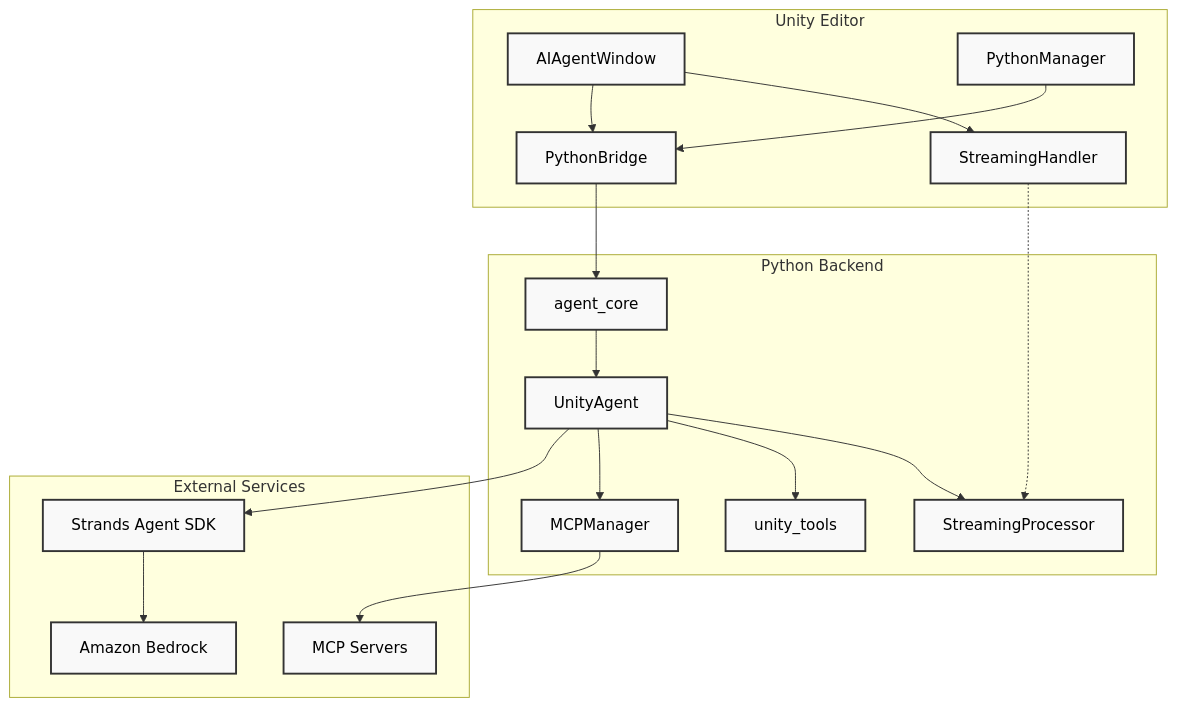
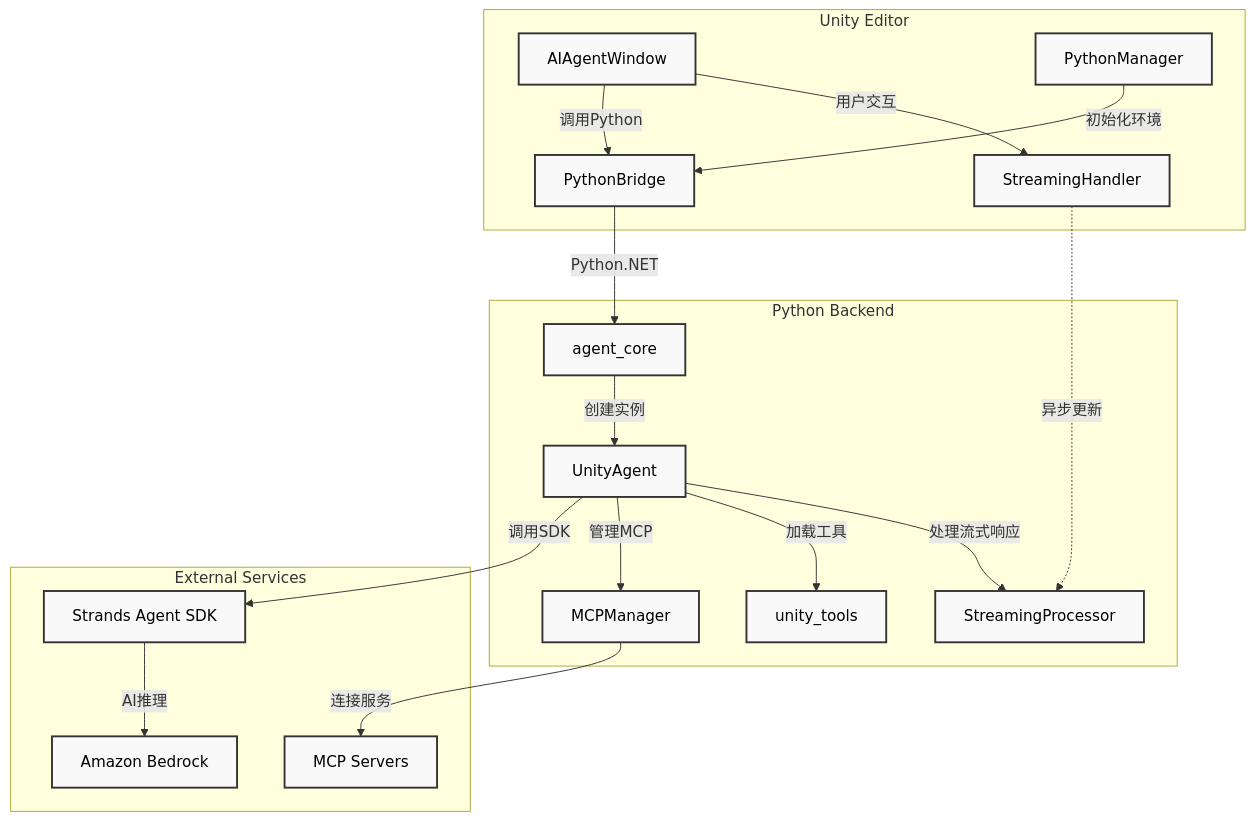
Before and after one commit to ddpie/unity-strands-agent: the first of 2 diagrams in README.md, drawn with Mermaid. The commit also changed other lines of this file, not shown here.

Commit message:
enhance README by updating component relationships in system architecture diagrams with bilingual annotations for improved clarity and understanding; ensure consistent terminology in both English and Chinese

````diff
--- a/README.md
+++ b/README.md
@@ -19,39 +19,39 @@
 ```mermaid
 graph TB
     subgraph Unity[Unity Editor]
         UI[AIAgentWindow]
         SH[StreamingHandler]
         PB[PythonBridge]
         PM[PythonManager]
     end
     
     subgraph Python[Python Backend]
         AC[agent_core]
         UA[UnityAgent]
         SP[StreamingProcessor]
         UT[unity_tools]
         MM[MCPManager]
     end
     
     subgraph External[External Services]
         SDK[Strands Agent SDK]
         AWS[Amazon Bedrock]
         MCP[MCP Servers]
     end
     
-    UI --> SH
-    UI --> PB
-    PM --> PB
-    PB --> AC
-    AC --> UA
-    UA --> SP
-    UA --> UT
-    UA --> MM
-    UA --> SDK
-    SDK --> AWS
-    MM --> MCP
-    SH -.-> SP
+    UI -->|用户交互| SH
+    UI -->|调用Python| PB
+    PM -->|初始化环境| PB
+    PB -->|Python.NET| AC
+    AC -->|创建实例| UA
+    UA -->|处理流式响应| SP
+    UA -->|加载工具| UT
+    UA -->|管理MCP| MM
+    UA -->|调用SDK| SDK
+    SDK -->|AI推理| AWS
+    MM -->|连接服务| MCP
+    SH -.->|异步更新| SP
     
     classDef default fill:#f9f9f9,stroke:#333,stroke-width:2px,color:#000
     classDef external fill:#fff,stroke:#666,stroke-width:2px,color:#000
 ```
````
